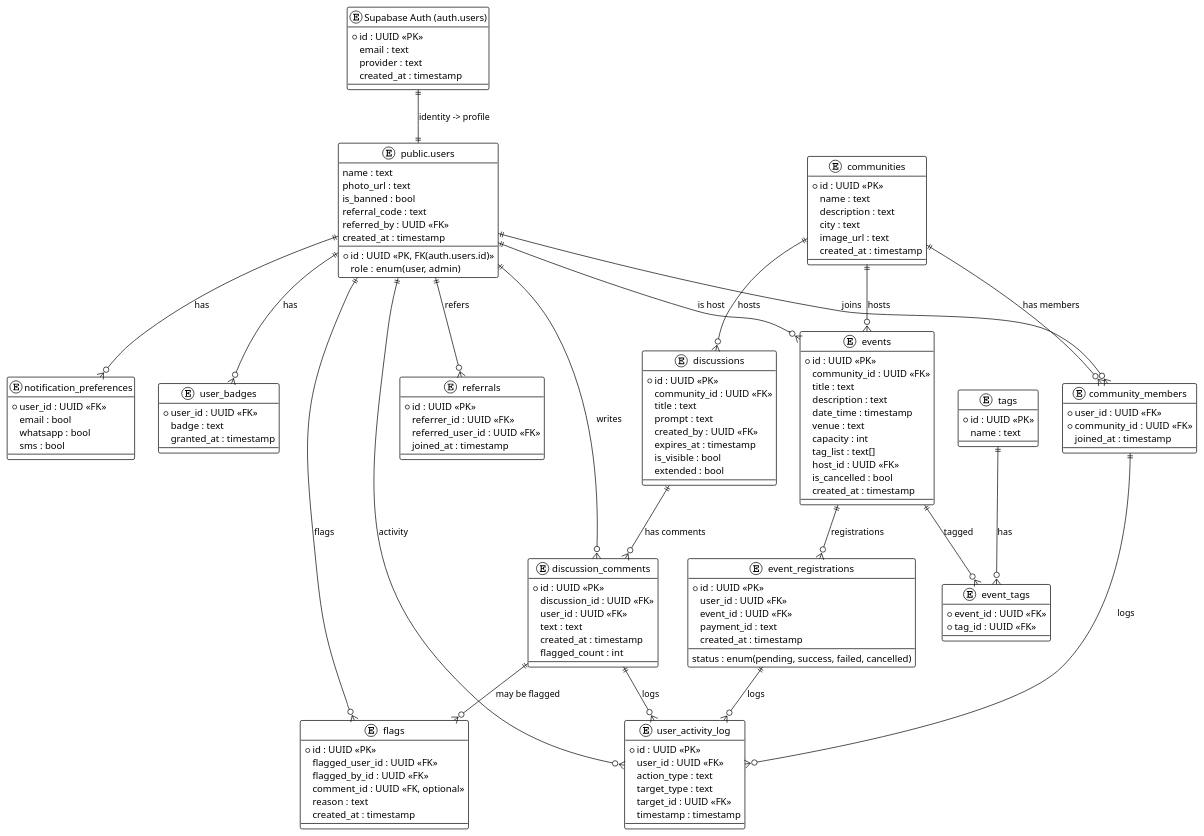
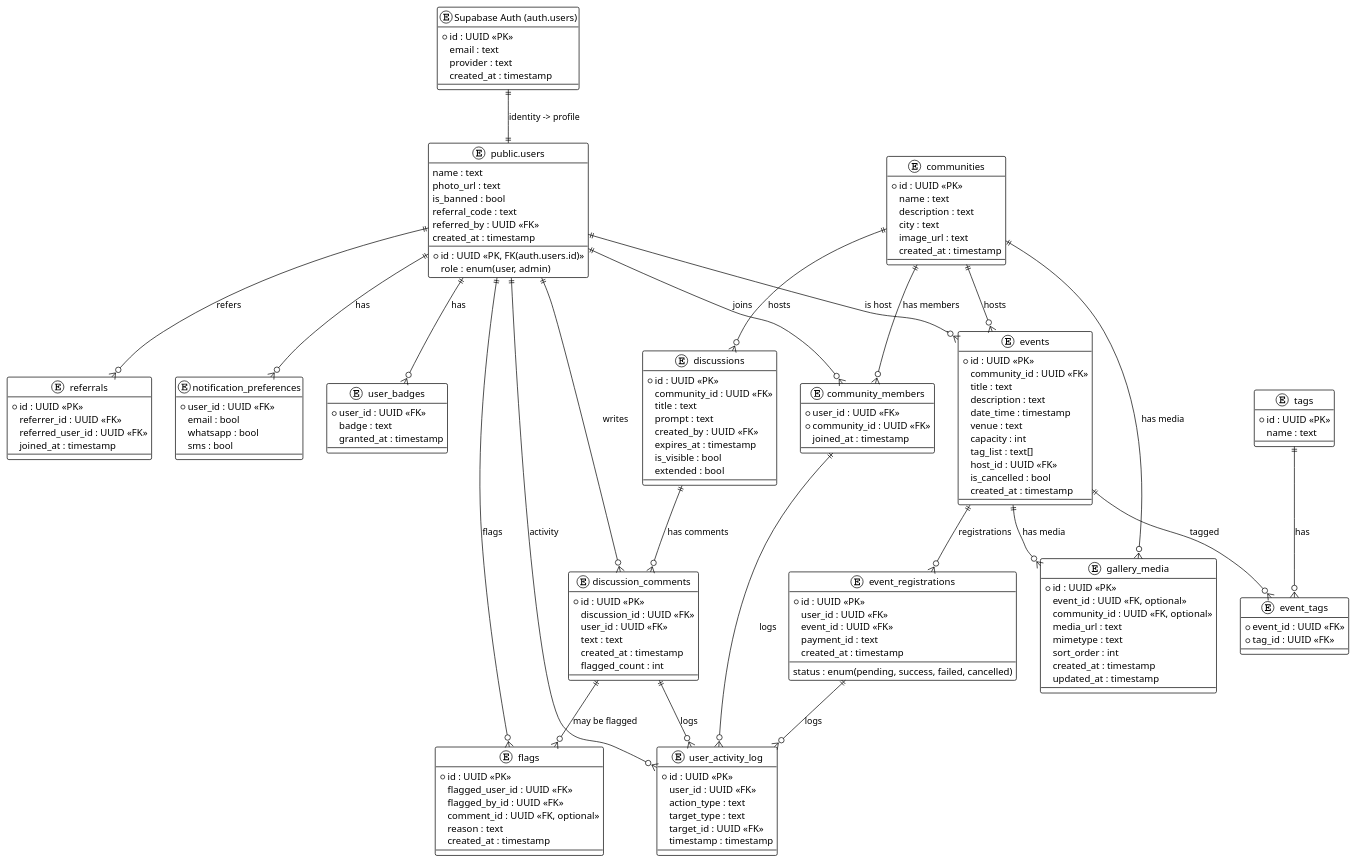
One commit to rapchai-k/the-third-place changed the diagram in docs/core/schema.puml. Above: the diagram before and after it, drawn with PlantUML. The commit also changed 10 other files, not shown here.

```diff
--- a/docs/core/schema.puml
+++ b/docs/core/schema.puml
@@ -1,148 +1,161 @@
 @startuml
 !theme plain
 
 entity "Supabase Auth (auth.users)" as AUTH {
     *id : UUID <<PK>>
     email : text
     provider : text
     created_at : timestamp
 }
 
 entity "public.users" as USERS {
     *id : UUID <<PK, FK(auth.users.id)>>
     name : text
     photo_url : text
     role : enum(user, admin)
     is_banned : bool
     referral_code : text
     referred_by : UUID <<FK>>
     created_at : timestamp
 }
 
 entity "notification_preferences" as PREF {
     *user_id : UUID <<FK>>
     email : bool
     whatsapp : bool
     sms : bool
 }
 
 entity "user_badges" as BADGES {
     *user_id : UUID <<FK>>
     badge : text
     granted_at : timestamp
 }
 
 entity "communities" as COMM {
     *id : UUID <<PK>>
     name : text
     description : text
     city : text
     image_url : text
     created_at : timestamp
 }
 
 entity "community_members" as CMEM {
     *user_id : UUID <<FK>>
     *community_id : UUID <<FK>>
     joined_at : timestamp
 }
 
 entity "tags" as TAGS {
     *id : UUID <<PK>>
     name : text
 }
 
 entity "event_tags" as ETAG {
     *event_id : UUID <<FK>>
     *tag_id : UUID <<FK>>
 }
 
 entity "events" as EVENT {
     *id : UUID <<PK>>
     community_id : UUID <<FK>>
     title : text
     description : text
     date_time : timestamp
     venue : text
     capacity : int
     tag_list : text[]
     host_id : UUID <<FK>>
     is_cancelled : bool
     created_at : timestamp
 }
 
 entity "event_registrations" as REG {
     *id : UUID <<PK>>
     user_id : UUID <<FK>>
     event_id : UUID <<FK>>
     status : enum(pending, success, failed, cancelled)
     payment_id : text
     created_at : timestamp
 }
 
 entity "discussions" as DISC {
     *id : UUID <<PK>>
     community_id : UUID <<FK>>
     title : text
     prompt : text
     created_by : UUID <<FK>>
     expires_at : timestamp
     is_visible : bool
     extended : bool
 }
 
 entity "discussion_comments" as DCOM {
     *id : UUID <<PK>>
     discussion_id : UUID <<FK>>
     user_id : UUID <<FK>>
     text : text
     created_at : timestamp
     flagged_count : int
 }
 
 entity "flags" as FLAG {
     *id : UUID <<PK>>
     flagged_user_id : UUID <<FK>>
     flagged_by_id : UUID <<FK>>
     comment_id : UUID <<FK, optional>>
     reason : text
     created_at : timestamp
 }
 
+entity "gallery_media" as GMED {
+    *id : UUID <<PK>>
+    event_id : UUID <<FK, optional>>
+    community_id : UUID <<FK, optional>>
+    media_url : text
+    mimetype : text
+    sort_order : int
+    created_at : timestamp
+    updated_at : timestamp
+}
+
 entity "referrals" as REF {
     *id : UUID <<PK>>
     referrer_id : UUID <<FK>>
     referred_user_id : UUID <<FK>>
     joined_at : timestamp
 }
 
 entity "user_activity_log" as ACT {
     *id : UUID <<PK>>
     user_id : UUID <<FK>>
     action_type : text
     target_type : text
     target_id : UUID <<FK>>
     timestamp : timestamp
 }
 
 AUTH ||--|| USERS : identity -> profile
 USERS ||--o{ PREF : has
 USERS ||--o{ BADGES : has
 USERS ||--o{ CMEM : joins
 COMM ||--o{ CMEM : has members
 COMM ||--o{ EVENT : hosts
 USERS ||--o{ EVENT : is host
 EVENT ||--o{ REG : registrations
 EVENT ||--o{ ETAG : tagged
 TAGS ||--o{ ETAG : has
 COMM ||--o{ DISC : hosts
 DISC ||--o{ DCOM : has comments
 USERS ||--o{ DCOM : writes
 USERS ||--o{ FLAG : flags
 DCOM ||--o{ FLAG : may be flagged
 USERS ||--o{ REF : refers
 USERS ||--o{ ACT : activity
 REG ||--o{ ACT : logs
 CMEM ||--o{ ACT : logs
 DCOM ||--o{ ACT : logs
+EVENT ||--o{ GMED : has media
+COMM ||--o{ GMED : has media
 @enduml
```
